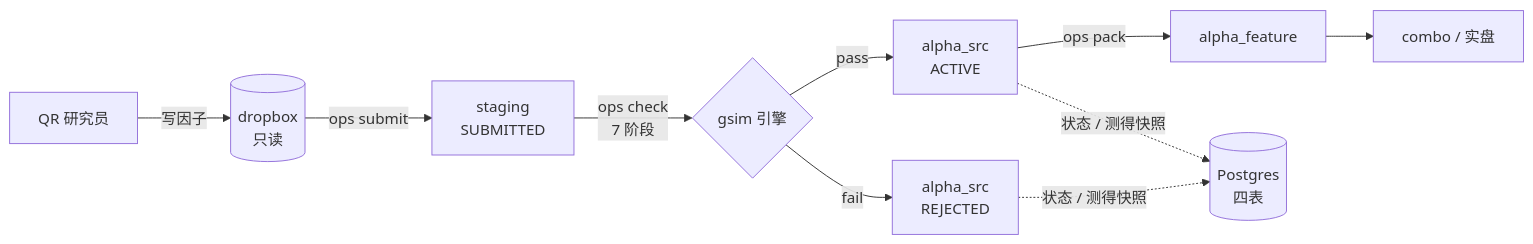
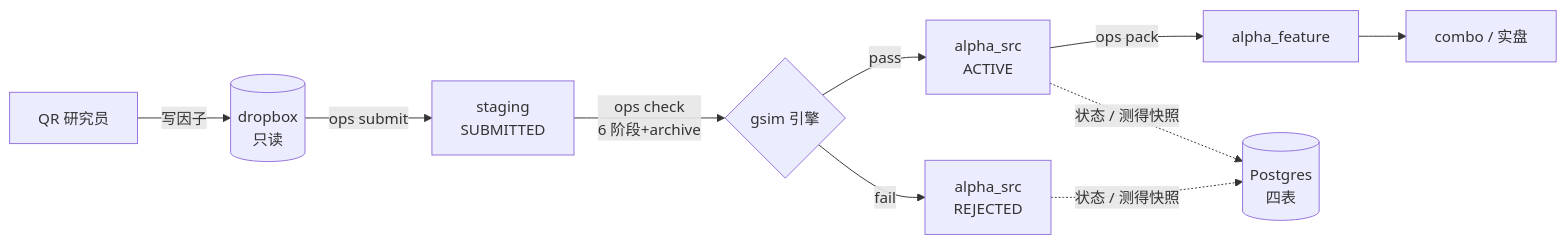
The first of 4 diagrams in docs/architecture.md (0WAQ/gsim-ops), drawn with Mermaid before and after one commit. The commit also changed other lines of this file and 23 other files, not shown here.

````diff
--- a/docs/architecture.md
+++ b/docs/architecture.md
@@ -25,12 +25,12 @@
 ```mermaid
 flowchart LR
   QR[QR 研究员] -->|写因子| DB[(dropbox<br/>只读)]
   DB -->|ops submit| ST[staging<br/>SUBMITTED]
-  ST -->|ops check<br/>7 阶段| GS{gsim 引擎}
+  ST -->|ops check<br/>6 阶段+archive| GS{gsim 引擎}
   GS -->|pass| ACT[alpha_src<br/>ACTIVE]
   GS -->|fail| REJ[alpha_src<br/>REJECTED]
   ACT -->|ops pack| FEAT[alpha_feature]
   FEAT --> COMBO[combo / 实盘]
   ACT -. 状态 / 测得快照 .-> PG[(Postgres<br/>四表)]
   REJ -. 状态 / 测得快照 .-> PG
 ```
````
